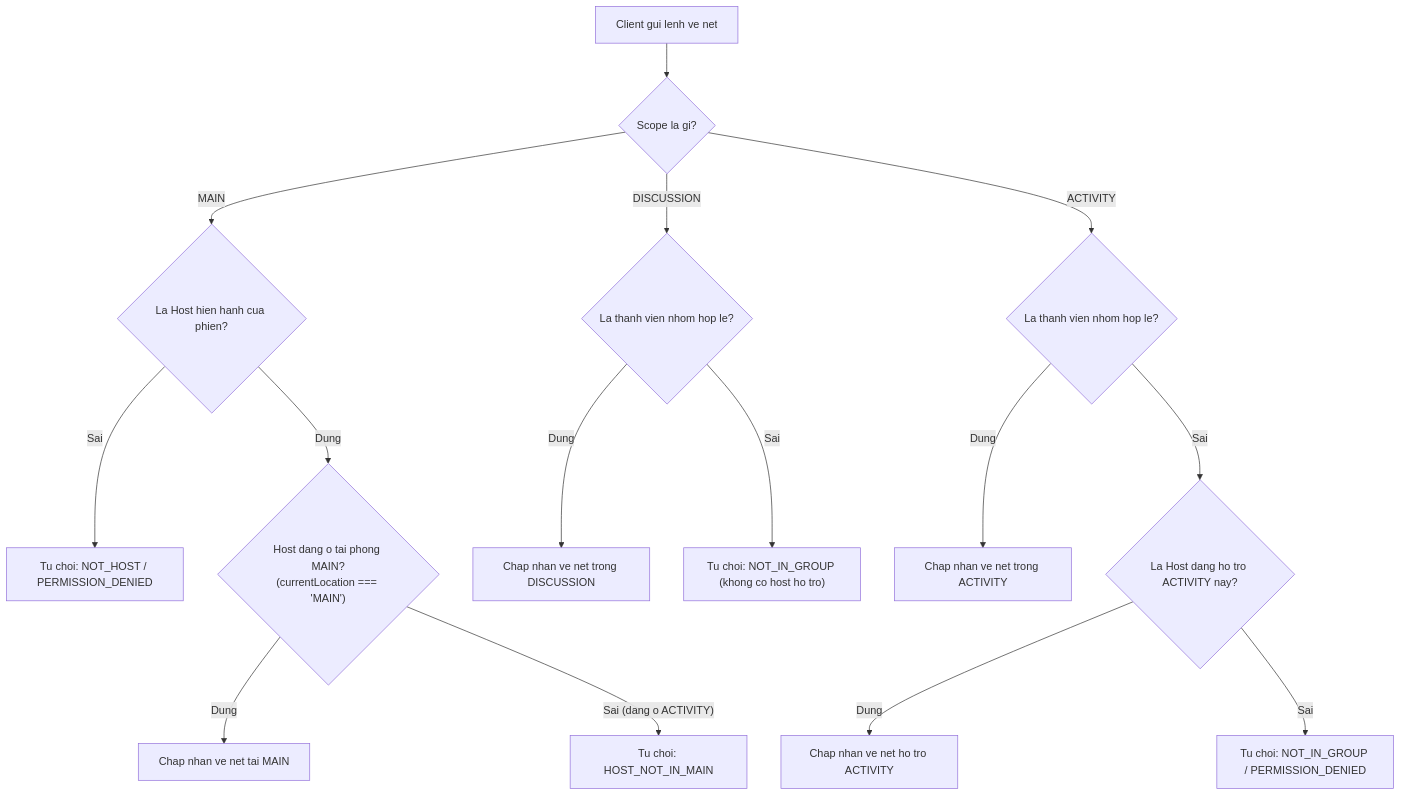
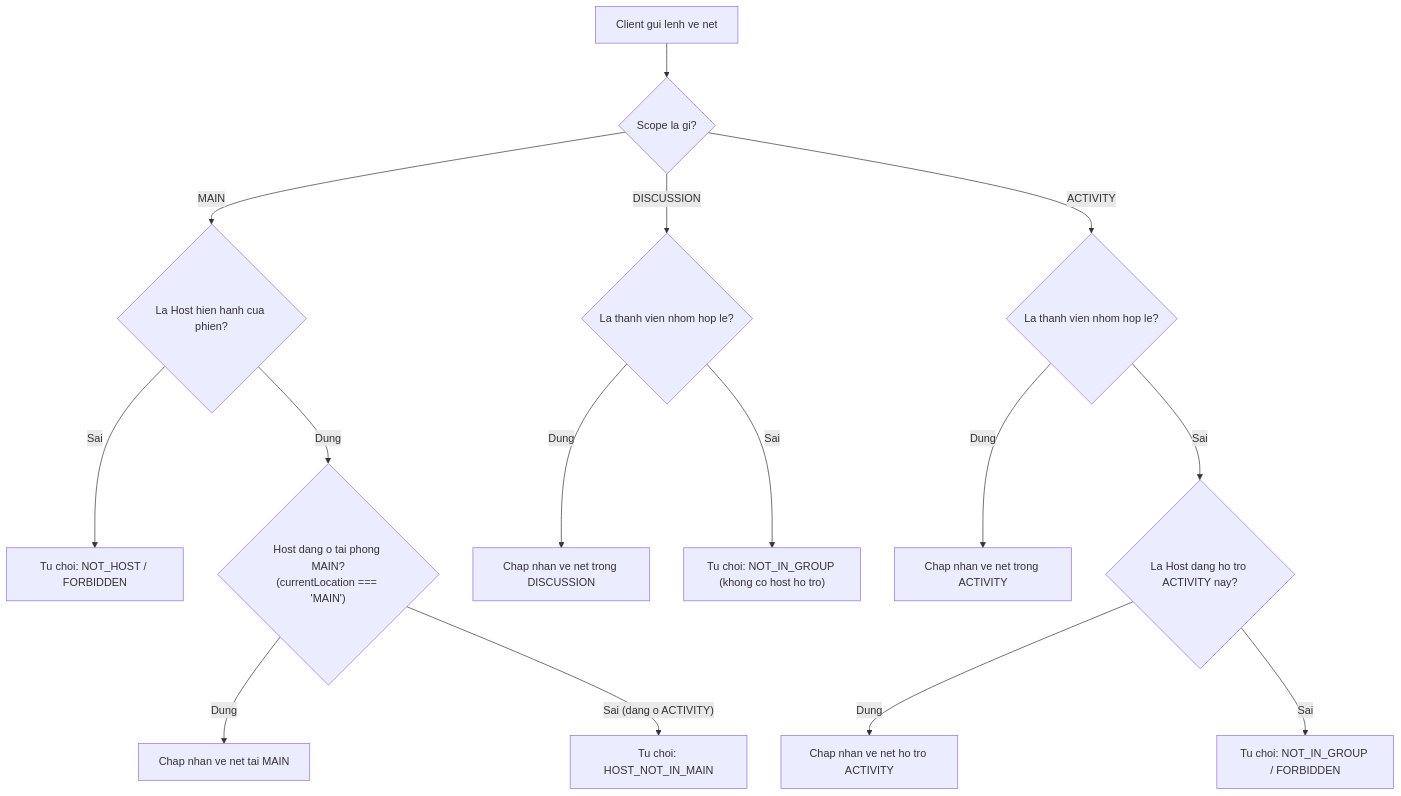
One commit to Lightning1507/CoLearnia changed the eighth of 12 diagrams in docs/proposals/m5-board.md. Above: the diagram before and after it, drawn with Mermaid. The commit also changed other lines of this file and 11 other files, not shown here.

````diff
--- a/docs/proposals/m5-board.md
+++ b/docs/proposals/m5-board.md
@@ -682,19 +686,19 @@
 ```mermaid
 flowchart TD
   StartDraw["Client gui lenh ve net"] --> QScope{"Scope la gi?"}
   QScope -- "MAIN" --> QMainHost{"La Host hien hanh cua phien?"}
-  QMainHost -- "Sai" --> DenyMainHost["Tu choi: NOT_HOST / PERMISSION_DENIED"]
+  QMainHost -- "Sai" --> DenyMainHost["Tu choi: NOT_HOST / FORBIDDEN"]
   QMainHost -- "Dung" --> QLoc{"Host dang o tai phong MAIN?<br/>(currentLocation === 'MAIN')"}
   QLoc -- "Dung" --> AllowMain["Chap nhan ve net tai MAIN"]
   QLoc -- "Sai (dang o ACTIVITY)" --> DenyMainLoc["Tu choi: HOST_NOT_IN_MAIN"]
 
   QScope -- "DISCUSSION" --> QDiscMem{"La thanh vien nhom hop le?"}
   QDiscMem -- "Dung" --> AllowDisc["Chap nhan ve net trong DISCUSSION"]
   QDiscMem -- "Sai" --> DenyDisc["Tu choi: NOT_IN_GROUP (khong co host ho tro)"]
 
   QScope -- "ACTIVITY" --> QActMem{"La thanh vien nhom hop le?"}
   QActMem -- "Dung" --> AllowAct["Chap nhan ve net trong ACTIVITY"]
   QActMem -- "Sai" --> QActHelp{"La Host dang ho tro ACTIVITY nay?"}
   QActHelp -- "Dung" --> AllowActHelp["Chap nhan ve net ho tro ACTIVITY"]
-  QActHelp -- "Sai" --> DenyAct["Tu choi: NOT_IN_GROUP / PERMISSION_DENIED"]
+  QActHelp -- "Sai" --> DenyAct["Tu choi: NOT_IN_GROUP / FORBIDDEN"]
 ```
````
